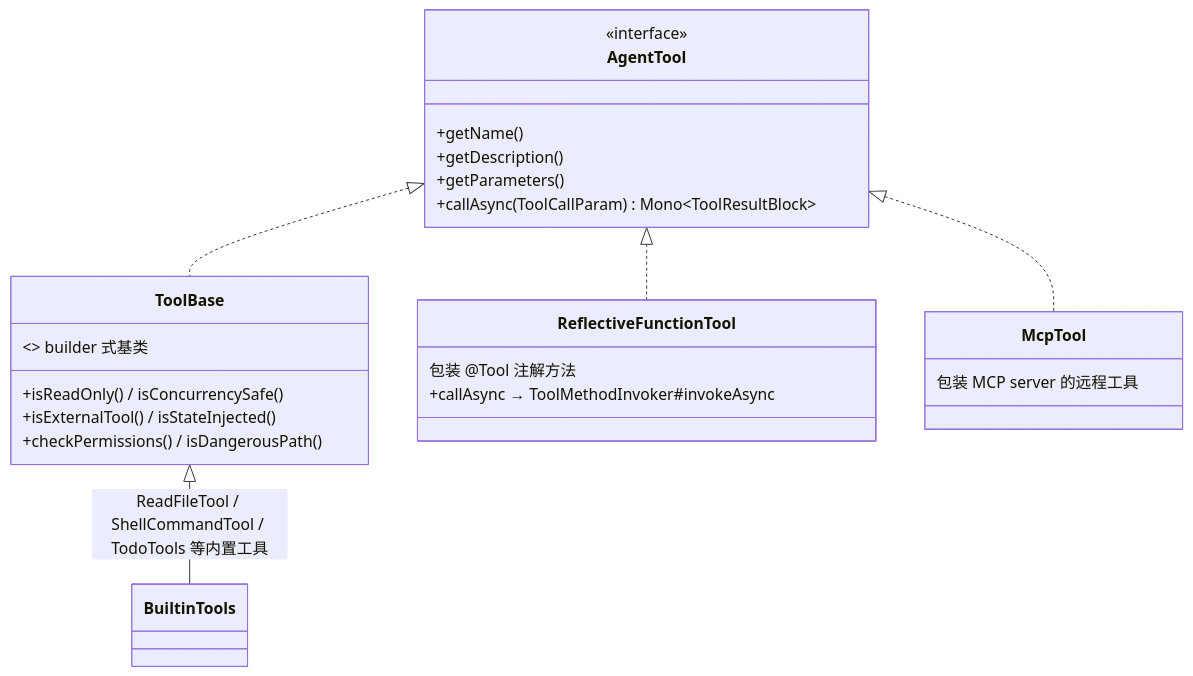
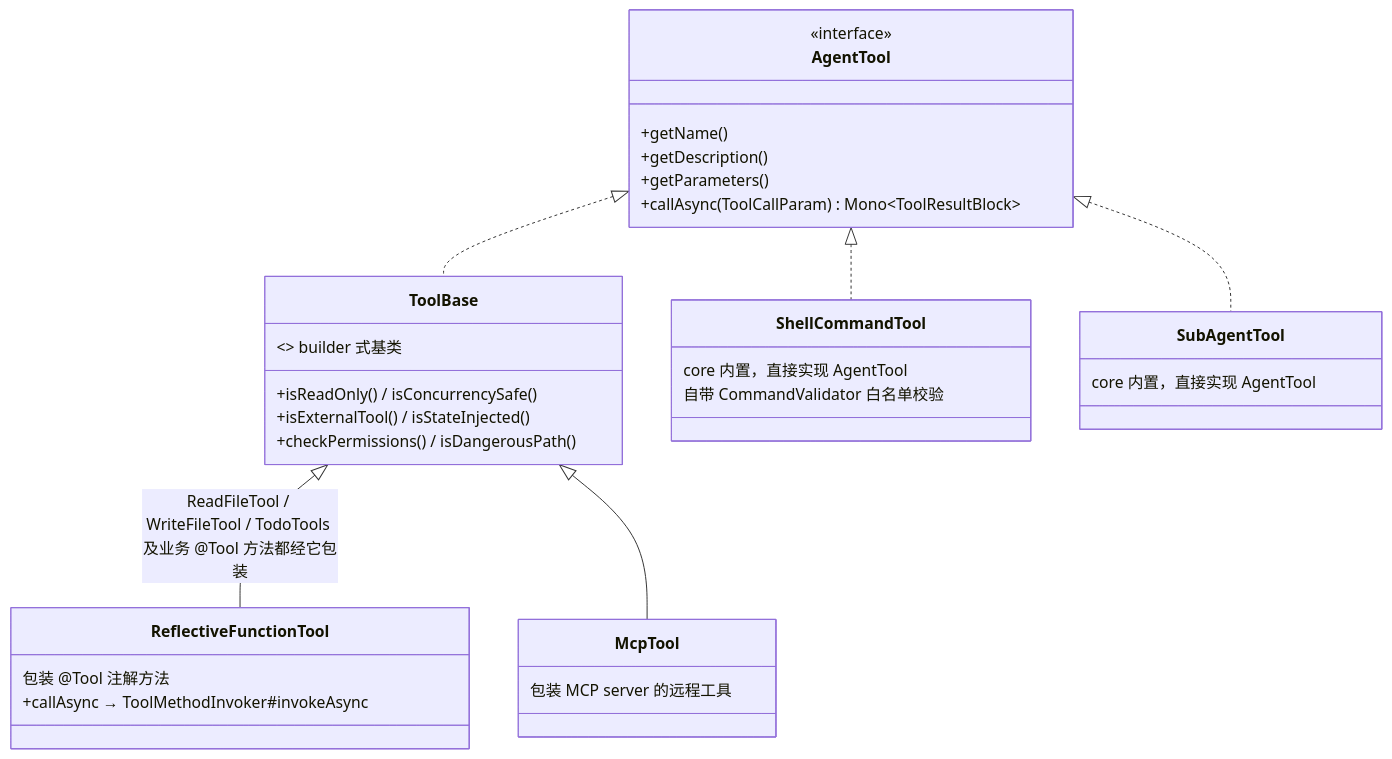
The second of 5 diagrams in 04-工具系统.md (liulangjietou/AgentScope-source-analysis), drawn with Mermaid before and after one commit. The commit also changed other lines of this file and 10 other files, not shown here.

First line of the commit message:
docs: 补全方法级调用链路图并标注 main 未发版变更

````diff
--- a/04-工具系统.md
+++ b/04-工具系统.md
@@ -40,27 +40,35 @@
 ```mermaid
 classDiagram
     class AgentTool {
         <<interface>>
         +getName()
         +getDescription()
         +getParameters()
         +callAsync(ToolCallParam) Mono~ToolResultBlock~
     }
     class ToolBase {
         <<abstract>> builder 式基类
         +isReadOnly() / isConcurrencySafe()
         +isExternalTool() / isStateInjected()
         +checkPermissions() / isDangerousPath()
     }
     class ReflectiveFunctionTool {
         包装 @Tool 注解方法
         +callAsync → ToolMethodInvoker#invokeAsync
     }
     class McpTool {
         包装 MCP server 的远程工具
     }
+    class ShellCommandTool {
+        core 内置，直接实现 AgentTool
+        自带 CommandValidator 白名单校验
+    }
+    class SubAgentTool {
+        core 内置，直接实现 AgentTool
+    }
     AgentTool <|.. ToolBase
-    ToolBase <|-- BuiltinTools : ReadFileTool / ShellCommandTool / TodoTools 等内置工具
-    AgentTool <|.. ReflectiveFunctionTool
-    AgentTool <|.. McpTool
+    ToolBase <|-- ReflectiveFunctionTool : ReadFileTool / WriteFileTool / TodoTools 及业务 @Tool 方法都经它包装
+    ToolBase <|-- McpTool
+    AgentTool <|.. ShellCommandTool
+    AgentTool <|.. SubAgentTool
 ```
````
